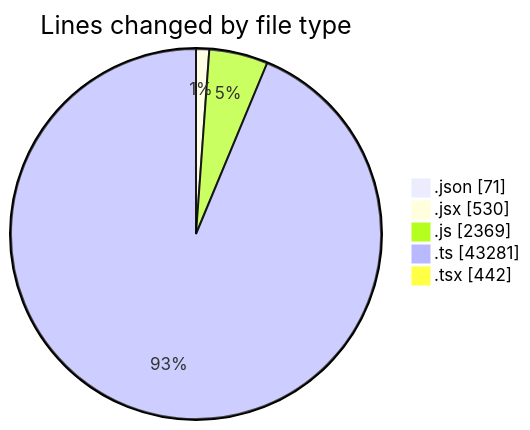
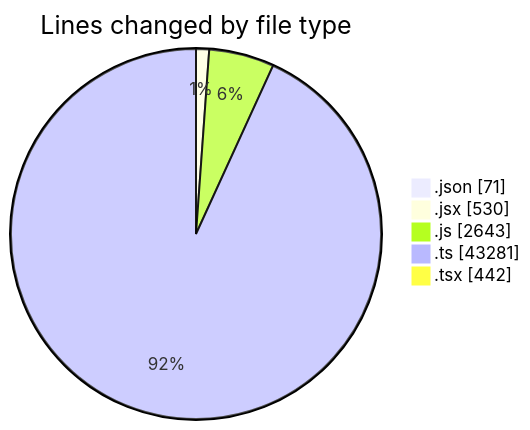
One commit to momahboobian/code-tracking changed the first of 2 diagrams in 2026-03-02/cda/README.md. Above: the diagram before and after it, drawn with Mermaid. The commit also changed other lines of this file and 1 other file, not shown here.

````diff
--- a/2026-03-02/cda/README.md
+++ b/2026-03-02/cda/README.md
@@ -32,9 +32,9 @@
 ```mermaid
 pie showData
 title Lines changed by file type
 ".json" : 71
 ".jsx" : 530
-".js" : 2369
+".js" : 2643
 ".ts" : 43281
 ".tsx" : 442
 ```
````
